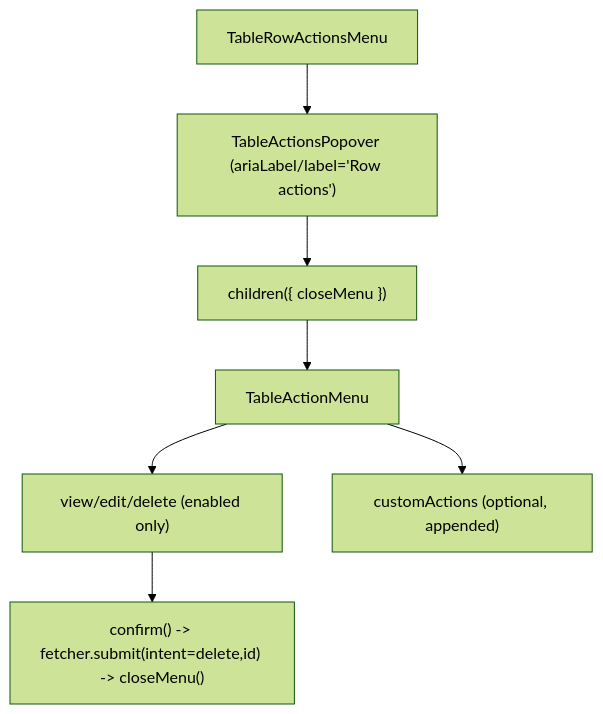
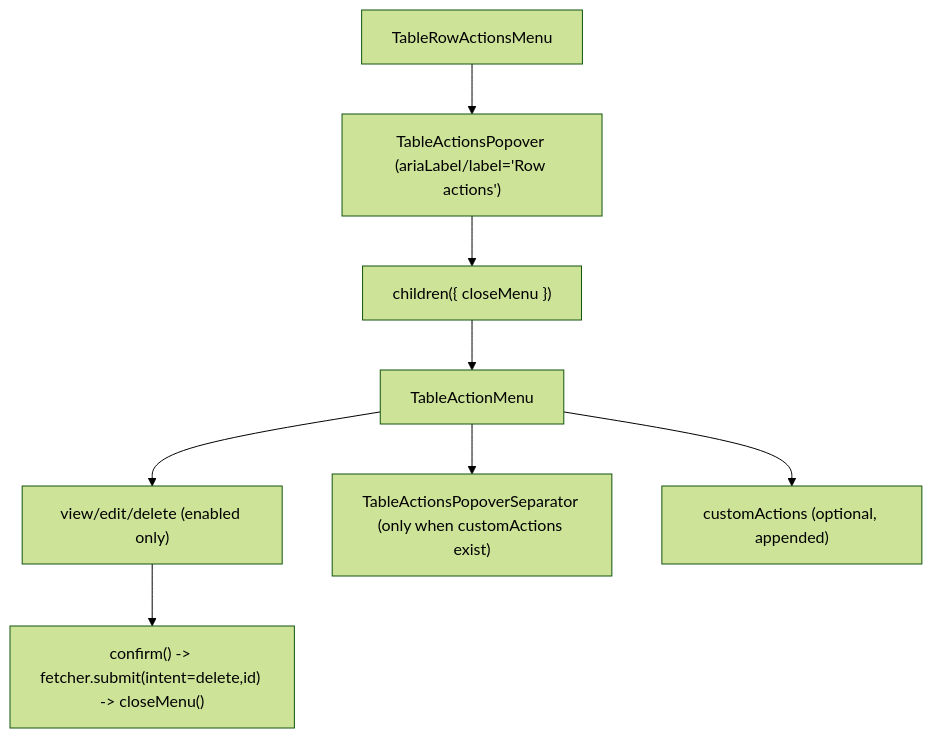
One commit to luciocabrera/lcabrera-stack changed the diagram in packages/ui/src/components/Table/TableRowActionsMenu/ARCHITECTURE.md. Above: the diagram before and after it, drawn with Mermaid (forest theme). The commit also changed other lines of this file and 31 other files, not shown here.

First line of the commit message:
fix(ui): match table actions menus to the drawer surface (#483)

````diff
--- a/packages/ui/src/components/Table/TableRowActionsMenu/ARCHITECTURE.md
+++ b/packages/ui/src/components/Table/TableRowActionsMenu/ARCHITECTURE.md
@@ -31,9 +31,10 @@
 ```mermaid
 graph TD
   Menu["TableRowActionsMenu"] --> Popover["TableActionsPopover (ariaLabel/label='Row actions')"]
   Popover --> Children["children({ closeMenu })"]
   Children --> ActionMenu["TableActionMenu"]
   ActionMenu --> BuiltIn["view/edit/delete (enabled only)"]
+  ActionMenu --> Sep["TableActionsPopoverSeparator (only when customActions exist)"]
   ActionMenu --> Custom["customActions (optional, appended)"]
   BuiltIn --> Delete["confirm() -> fetcher.submit(intent=delete,id) -> closeMenu()"]
 ```
````
